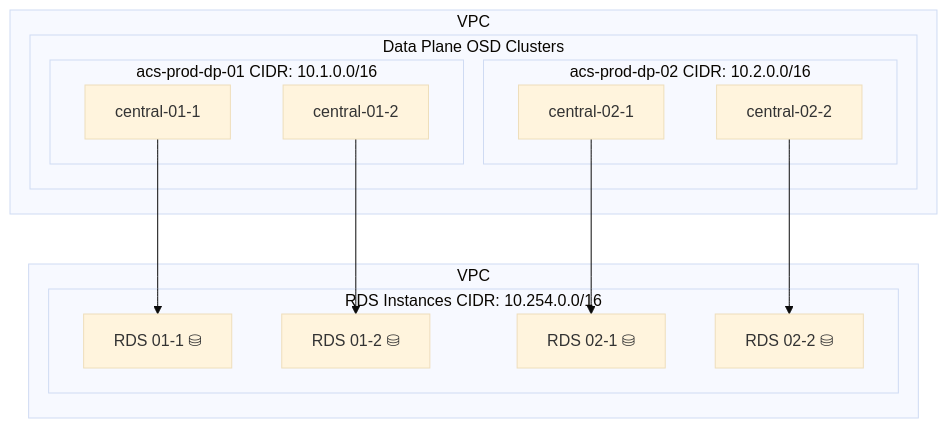
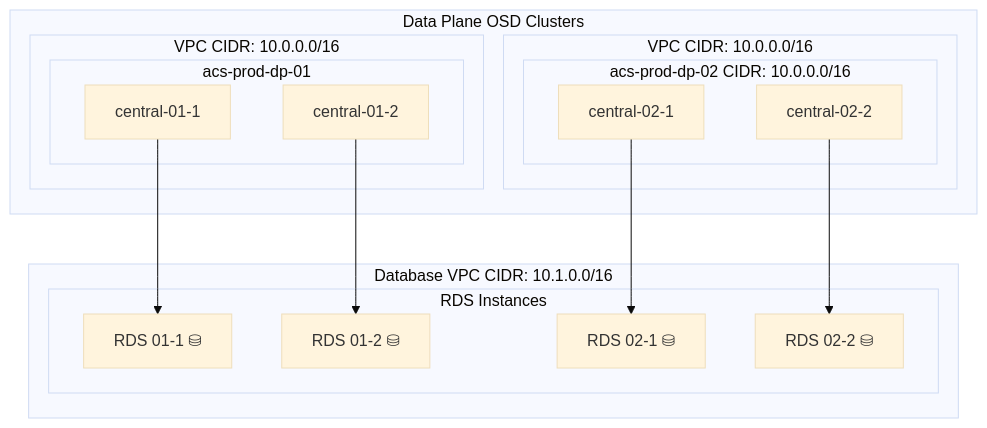
The diagram in docs/architecture/images/acscs_network.md (stackrox/acs-fleet-manager), drawn with Mermaid (base theme) before and after one commit. The commit also changed other lines of this file, not shown here.

Commit message:
Updated network to correct VPCs

````diff
--- a/docs/architecture/images/acscs_network.md
+++ b/docs/architecture/images/acscs_network.md
@@ -7,33 +8,36 @@
 ```mermaid
 graph
-    direction LR
+    direction TB
 
-    subgraph vpcdps[VPC]
-        subgraph dps[Data Plane OSD Clusters]
-            subgraph dp1[acs-prod-dp-01 CIDR: 10.1.0.0/16]
+    subgraph dps[Data Plane OSD Clusters]
+        subgraph vpcdp01[VPC CIDR: 10.0.0.0/16]
+            subgraph dp01[acs-prod-dp-01]
                 central-01-1
                 central-01-2
             end
-            subgraph dp2[acs-prod-dp-02 CIDR: 10.2.0.0/16]
+        end
+
+        subgraph vpcdp02[VPC CIDR: 10.0.0.0/16]
+            subgraph dp02[acs-prod-dp-02 CIDR: 10.0.0.0/16]
                 central-02-1
                 central-02-2
             end
         end
     end
 
-    subgraph vpcrds[VPC]
-        subgraph rds[RDS Instances CIDR: 10.254.0.0/16]
+    subgraph vpcrds[Database VPC CIDR: 10.1.0.0/16]
+        subgraph rds[RDS Instances]
             rds-01-1["RDS 01-1 ⛁"]
             rds-01-2["RDS 01-2 ⛁"]
             rds-02-1["RDS 02-1 ⛁"]
             rds-02-2["RDS 02-2 ⛁"]
         end
     end
 
     central-01-1 --> rds-01-1
     central-01-2 --> rds-01-2
     central-02-1 --> rds-02-1
     central-02-2 --> rds-02-2
 
     
 ```
````
